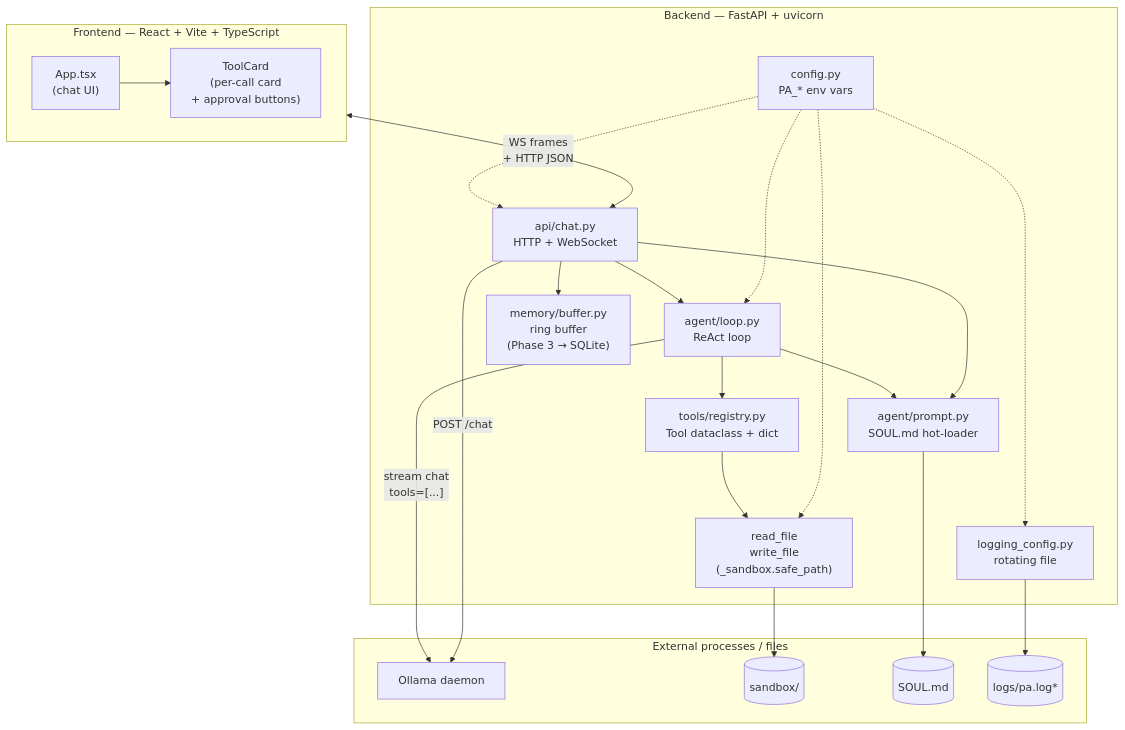
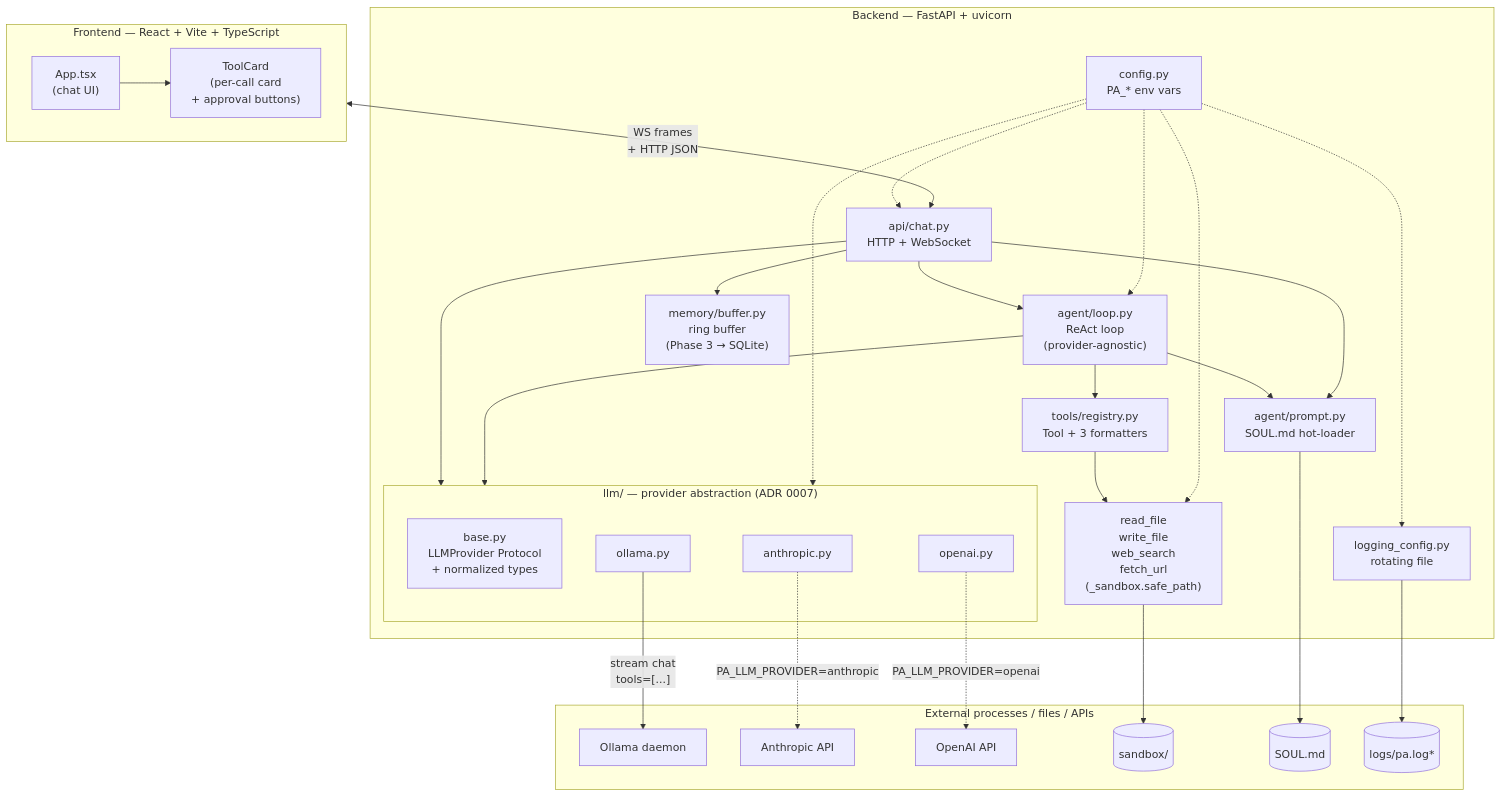
One commit to fhdbbk/personal-agent changed the second of 9 diagrams in docs/design/HLD.md. Above: the diagram before and after it, drawn with Mermaid. The commit also changed other lines of this file and 29 other files, not shown here.

````diff
--- a/docs/design/HLD.md
+++ b/docs/design/HLD.md
@@ -66,44 +70,56 @@
 ```mermaid
 flowchart TB
     subgraph fe ["Frontend — React + Vite + TypeScript"]
         app["App.tsx<br/>(chat UI)"]
         toolcard["ToolCard<br/>(per-call card<br/>+ approval buttons)"]
         app --> toolcard
     end
 
     subgraph be ["Backend — FastAPI + uvicorn"]
         api["api/chat.py<br/>HTTP + WebSocket"]
-        loop["agent/loop.py<br/>ReAct loop"]
+        loop["agent/loop.py<br/>ReAct loop<br/>(provider-agnostic)"]
         prompt["agent/prompt.py<br/>SOUL.md hot-loader"]
-        registry["tools/registry.py<br/>Tool dataclass + dict"]
-        tools["read_file<br/>write_file<br/>(_sandbox.safe_path)"]
+        subgraph llm ["llm/ — provider abstraction (ADR 0007)"]
+            base["base.py<br/>LLMProvider Protocol<br/>+ normalized types"]
+            ollama_p["ollama.py"]
+            anthropic_p["anthropic.py"]
+            openai_p["openai.py"]
+        end
+        registry["tools/registry.py<br/>Tool + 3 formatters"]
+        tools["read_file<br/>write_file<br/>web_search<br/>fetch_url<br/>(_sandbox.safe_path)"]
         mem["memory/buffer.py<br/>ring buffer<br/>(Phase 3 → SQLite)"]
         cfg["config.py<br/>PA_* env vars"]
         log["logging_config.py<br/>rotating file"]
         api --> loop
+        api --> llm
+        loop --> llm
         loop --> registry
         loop --> prompt
         registry --> tools
         api --> mem
         api --> prompt
     end
 
-    subgraph ext ["External processes / files"]
+    subgraph ext ["External processes / files / APIs"]
         ollama["Ollama daemon"]
+        anth["Anthropic API"]
+        oai["OpenAI API"]
         sandbox[("sandbox/")]
         soulfile[("SOUL.md")]
         logfiles[("logs/pa.log*")]
     end
 
     fe <-- "WS frames<br/>+ HTTP JSON" --> api
-    loop -- "stream chat<br/>tools=[...]" --> ollama
-    api -- "POST /chat" --> ollama
+    ollama_p -- "stream chat<br/>tools=[...]" --> ollama
+    anthropic_p -. "PA_LLM_PROVIDER=anthropic" .-> anth
+    openai_p -. "PA_LLM_PROVIDER=openai" .-> oai
     tools --> sandbox
     prompt --> soulfile
     log --> logfiles
 
     cfg -.-> api
     cfg -.-> loop
+    cfg -.-> llm
     cfg -.-> tools
     cfg -.-> log
 ```
````
